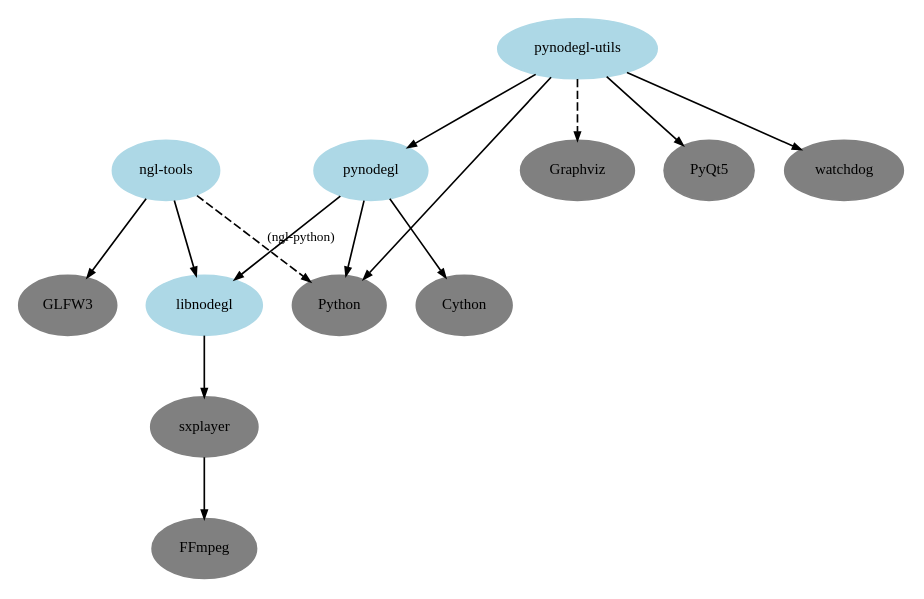
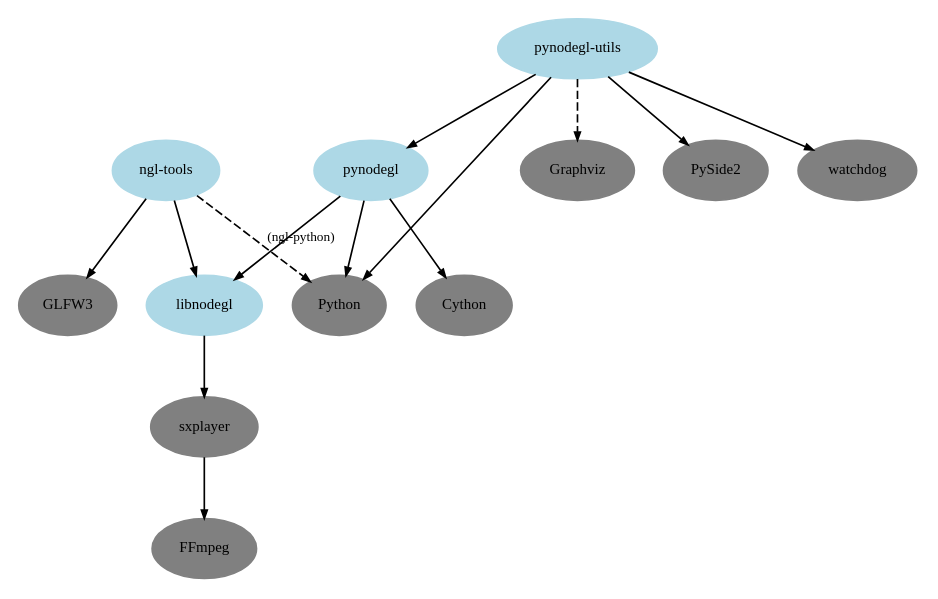
The diagram in doc/project/dependencies.dot (NopeForge/nope.gl), drawn with Graphviz before and after one commit. The commit also changed 22 other files, not shown here.

First line of the commit message:
utils: switch from PyQt5 to PySide2

```diff
--- a/doc/project/dependencies.dot
+++ b/doc/project/dependencies.dot
@@ -1,36 +1,36 @@
 digraph {
     splines=line
 
     node[style=filled,fontsize=9]
     edge[fontsize=8,arrowsize=0.5]
 
     node[color=lightblue]
     libnodegl
     ngl_tools[label="ngl-tools"]
     pynodegl
     pynodegl_utils[label="pynodegl-utils"]
 
     node[color=gray]
     cython[label="Cython"]
     ffmpeg[label="FFmpeg"]
     glfw3[label="GLFW3"]
     graphviz[label="Graphviz"]
-    pyqt5[label="PyQt5"]
+    pyside2[label="PySide2"]
     python[label="Python"]
     sxplayer
     watchdog
 
     sxplayer -> ffmpeg
     libnodegl -> sxplayer
     ngl_tools -> libnodegl
     ngl_tools -> glfw3
     ngl_tools -> python[style=dashed,label="(ngl-python)"]
     pynodegl -> libnodegl
     pynodegl -> python
     pynodegl -> cython
     pynodegl_utils -> python
     pynodegl_utils -> pynodegl
     pynodegl_utils -> graphviz[style=dashed]
-    pynodegl_utils -> pyqt5
+    pynodegl_utils -> pyside2
     pynodegl_utils -> watchdog
 }
```
